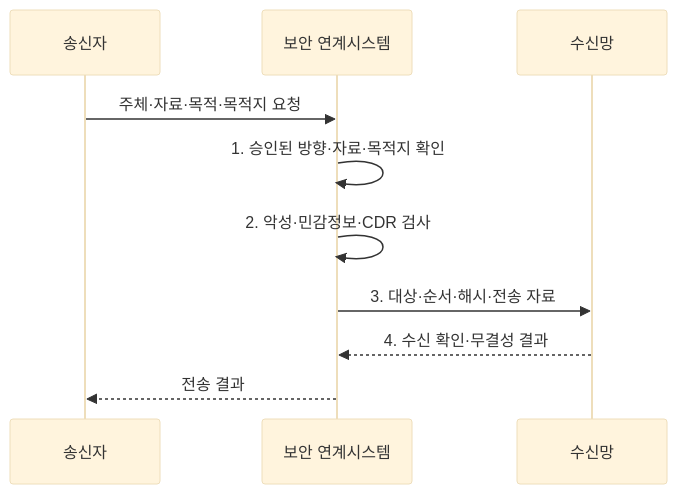
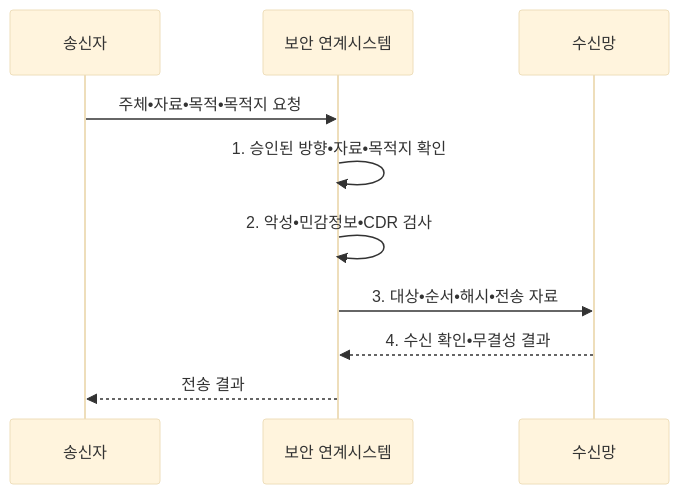
The second of 2 diagrams in src/content/docs/notes/05-security/140_network_separation_bridging.md (agnusdei1207/knowledge-base), drawn with Mermaid (base theme) before and after one commit. The commit also changed other lines of this file and 953 other files, not shown here.

````diff
--- a/src/content/docs/notes/05-security/140_network_separation_bridging.md
+++ b/src/content/docs/notes/05-security/140_network_separation_bridging.md
@@ -99,12 +99,12 @@
 ```mermaid
 sequenceDiagram
   participant S as 송신자
   participant G as 보안 연계시스템
   participant D as 수신망
-  S->>G: 주체·자료·목적·목적지 요청
-  G->>G: 1. 승인된 방향·자료·목적지 확인
-  G->>G: 2. 악성·민감정보·CDR 검사
-  G->>D: 3. 대상·순서·해시·전송 자료
-  D-->>G: 4. 수신 확인·무결성 결과
+  S->>G: 주체•자료•목적•목적지 요청
+  G->>G: 1. 승인된 방향•자료•목적지 확인
+  G->>G: 2. 악성•민감정보•CDR 검사
+  G->>D: 3. 대상•순서•해시•전송 자료
+  D-->>G: 4. 수신 확인•무결성 결과
   G-->>S: 전송 결과
 ```
````
